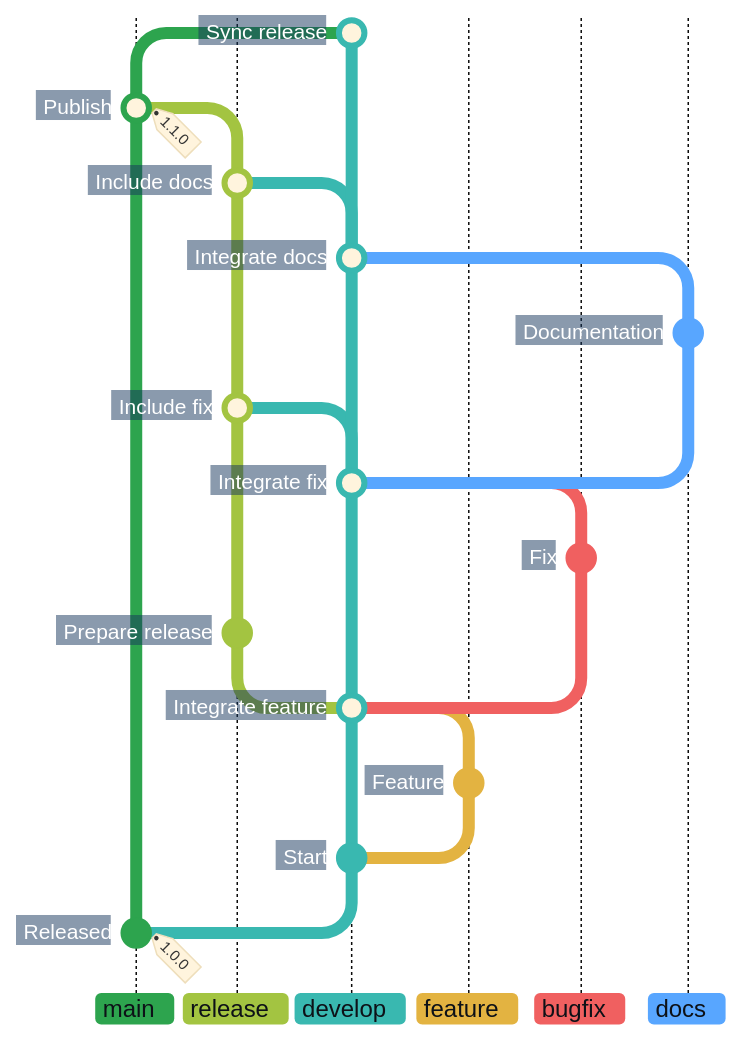
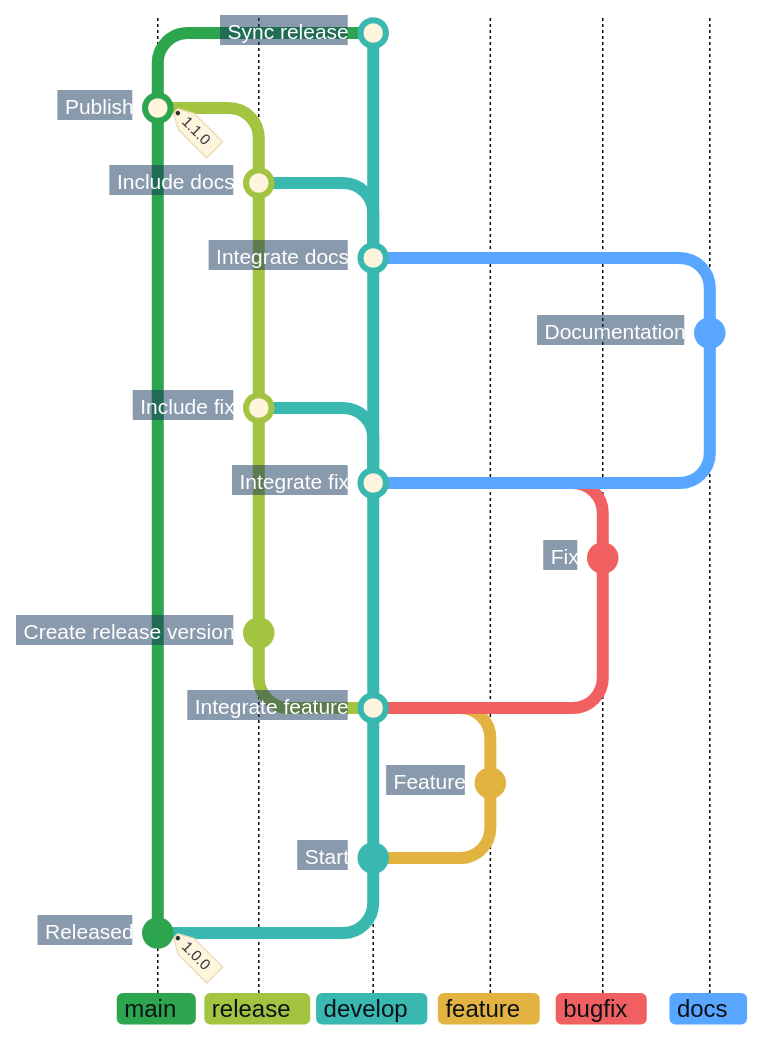
Before and after one commit to superhero/operations.superduper.solutions: the first of 3 diagrams in docs/adr/cicd.md, drawn with Mermaid. The commit also changed other lines of this file, not shown here.

Commit message:
docs: simplify initial and release creation labels

````diff
--- a/docs/adr/cicd.md
+++ b/docs/adr/cicd.md
@@ -51,39 +51,40 @@
 ```mermaid
-%%{init: {"theme": "base", "themeCSS": ".commit-label { font-weight: 700; transform: translateX(-8px); } .commit-label-bkg { opacity: 1; stroke: #17365D; stroke-width: 20px; transform: translateX(-5px); clip-path: polygon(-4px -4px, calc(100% + 4px) -4px, calc(100% + 10px) 50%, calc(100% + 4px) calc(100% + 4px), -4px calc(100% + 4px)) fill-box; }", "gitGraph": {"showCommitLabel": true, "rotateCommitLabel": false}, "themeVariables": {
+%%{init: {"theme": "base", "themeCSS": ".commit-labels g:last-of-type { visibility: hidden; } .commit-label { font-weight: 700; transform: translateX(-8px); } .commit-label-bkg { opacity: 1; stroke: #17365D; stroke-width: 20px; transform: translateX(-5px); clip-path: polygon(-4px -4px, calc(100% + 4px) -4px, calc(100% + 10px) 50%, calc(100% + 4px) calc(100% + 4px), -4px calc(100% + 4px)) fill-box; }", "gitGraph": {"showCommitLabel": true, "rotateCommitLabel": false}, "themeVariables": {
     "commitLabelFontSize": "14px", "commitLabelColor": "#FFFFFF", "commitLabelBackground": "#17365D",
     "git0": "#2DA44E", "gitBranchLabel0": "#0D1117",
     "git1": "#A3C441", "gitBranchLabel1": "#0D1117",
     "git2": "#39B8B0", "gitBranchLabel2": "#0D1117",
     "git3": "#E3B341", "gitBranchLabel3": "#0D1117",
     "git4": "#F06060", "gitBranchLabel4": "#0D1117",
     "git5": "#58A6FF", "gitBranchLabel5": "#0D1117"
 }}}%%
 gitGraph BT:
+    %% In BT order, the initial commit note is the last label group; its tag stays visible.
     commit id: "Released" tag: "1.0.0"
     branch develop order: 2
     commit id: "Start"
     branch "feature" order: 3
     commit id: "Feature"
     checkout develop
     merge "feature" id: "Integrate feature"
     branch "release" order: 1
-    commit id: "Prepare release"
+    commit id: "Create release version"
     checkout develop
     branch "bugfix" order: 4
     commit id: "Fix"
     checkout develop
     merge "bugfix" id: "Integrate fix"
     checkout "release"
     merge develop id: "Include fix"
     checkout develop
     branch "docs" order: 5
     commit id: "Documentation"
     checkout develop
     merge "docs" id: "Integrate docs"
     checkout "release"
     merge develop id: "Include docs"
     checkout main
     merge "release" id: "Publish" tag: "1.1.0"
     checkout develop
     merge main id: "Sync release"
 ```
````
